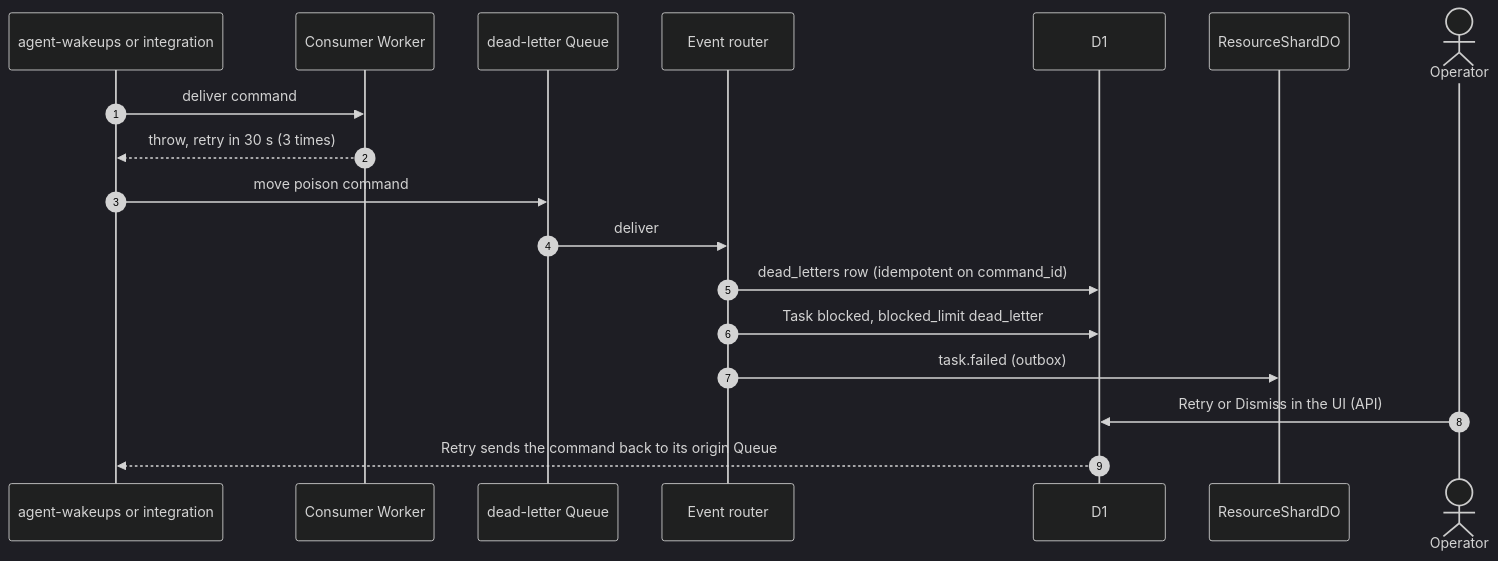
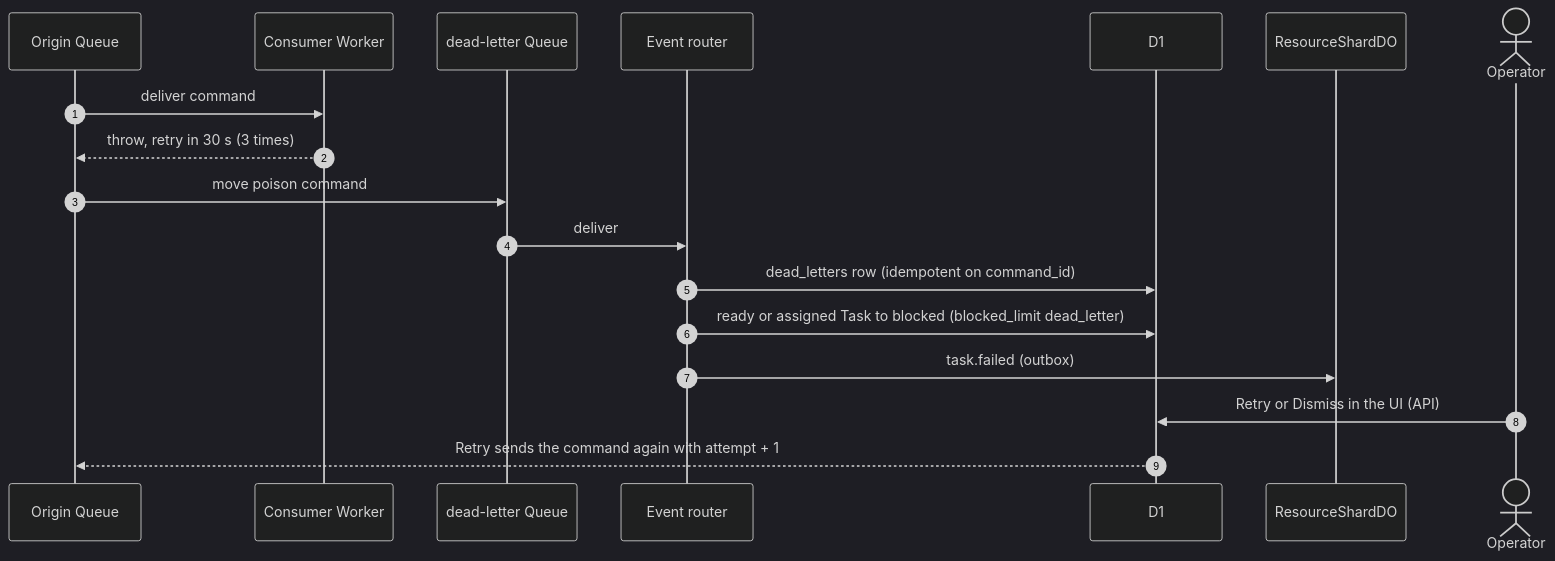
Before and after one commit to nsudhanva/rhumbatron: the sixth of 7 diagrams in docs/architecture/events-and-commands.md, drawn with Mermaid (dark theme). The commit also changed other lines of this file and 47 other files, not shown here.

````diff
--- a/docs/architecture/events-and-commands.md
+++ b/docs/architecture/events-and-commands.md
@@ -201,21 +220,21 @@
 ```mermaid
 sequenceDiagram
   autonumber
-  participant Q as agent-wakeups or integration
+  participant Q as Origin Queue
   participant C as Consumer Worker
   participant DLQ as dead-letter Queue
   participant ER as Event router
   participant D1 as D1
   participant Shard as ResourceShardDO
   actor Op as Operator
 
   Q->>C: deliver command
   C-->>Q: throw, retry in 30 s (3 times)
   Q->>DLQ: move poison command
   DLQ->>ER: deliver
   ER->>D1: dead_letters row (idempotent on command_id)
-  ER->>D1: Task blocked, blocked_limit dead_letter
+  ER->>D1: ready or assigned Task to blocked (blocked_limit dead_letter)
   ER->>Shard: task.failed (outbox)
   Op->>D1: Retry or Dismiss in the UI (API)
-  D1-->>Q: Retry sends the command back to its origin Queue
+  D1-->>Q: Retry sends the command again with attempt + 1
 ```
````
